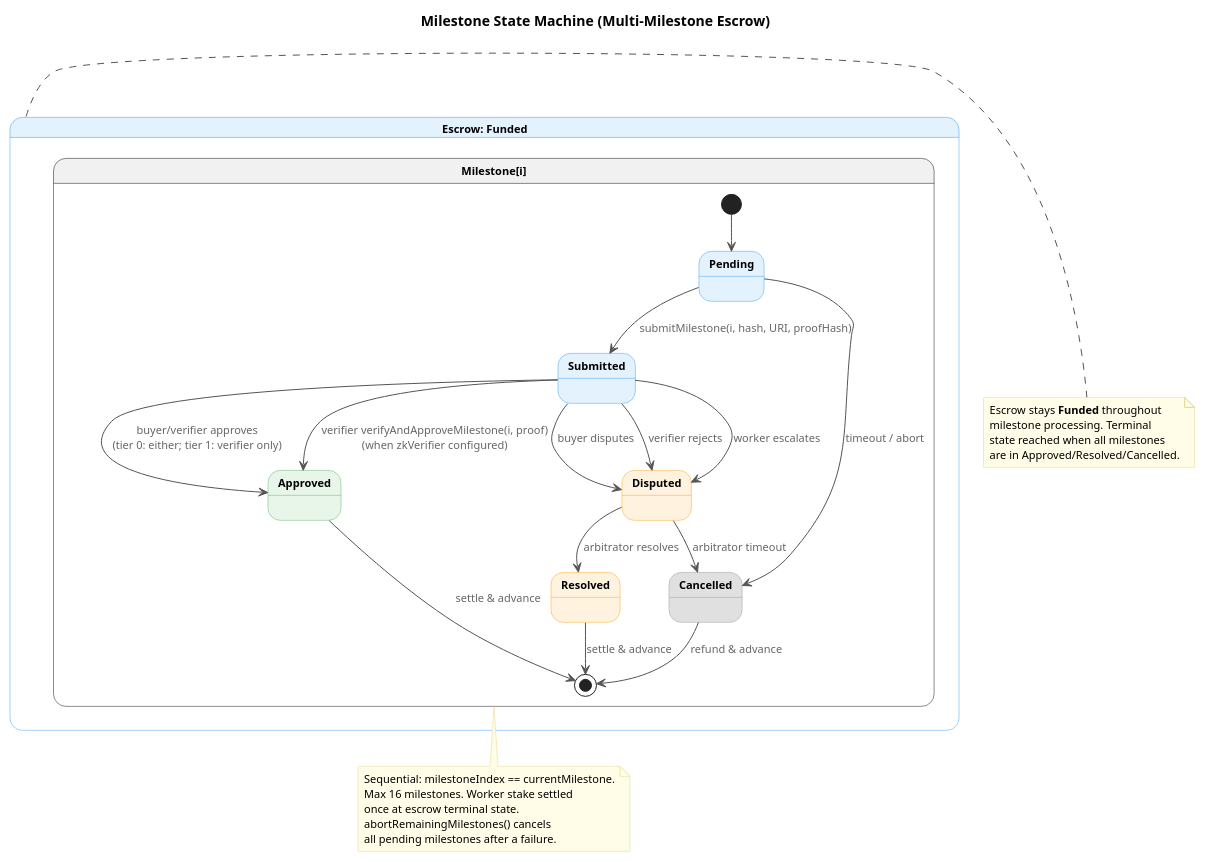
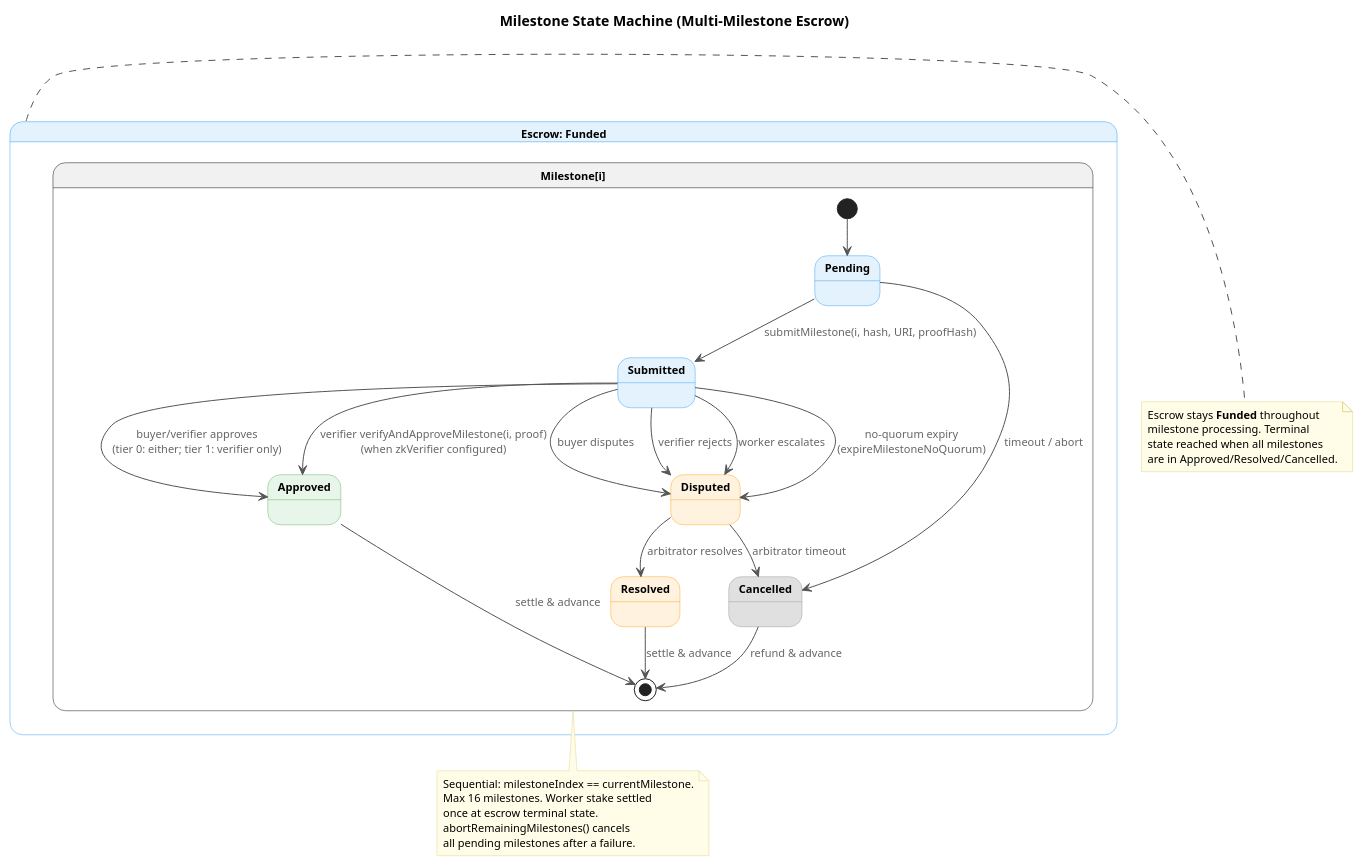
Before and after one commit to eddiefleurent/agent-escrow: the second of 2 diagrams in docs/diagrams/state-machine.puml, drawn with PlantUML. The commit also changed other lines of this file and 46 other files, not shown here.

```diff
--- a/docs/diagrams/state-machine.puml
+++ b/docs/diagrams/state-machine.puml
@@ -101,69 +103,70 @@
 @startuml milestone-state-machine
 skinparam backgroundColor #FFFFFF
 skinparam defaultFontName "Helvetica"
 skinparam defaultFontSize 13
 skinparam shadowing false
 skinparam ArrowColor #555555
 skinparam ArrowFontSize 11
 skinparam ArrowFontColor #666666
 
 skinparam state {
   FontSize 14
   FontStyle bold
   AttributeFontSize 11
 }
 
 skinparam note {
   BackgroundColor #FFFDE7
   BorderColor #E0D68A
   FontSize 11
 }
 
 title Milestone State Machine (Multi-Milestone Escrow)
 
 state "Escrow: Funded" as EscrowFunded #E3F2FD ##42A5F5 {
 
   state "Milestone[i]" as ms {
     state Pending #E3F2FD ##42A5F5
     state MsSubmitted as "Submitted" #E3F2FD ##42A5F5
     state MsApproved as "Approved" #E8F5E9 ##66BB6A
     state MsDisputed as "Disputed" #FFF3E0 ##FFA726
     state MsResolved as "Resolved" #FFF3E0 ##FFA726
     state MsCancelled as "Cancelled" #E0E0E0 ##9E9E9E
 
     [*] --> Pending
 
     Pending --> MsSubmitted : submitMilestone(i, hash, URI, proofHash)
     Pending --> MsCancelled : timeout / abort
 
     MsSubmitted --> MsApproved : buyer/verifier approves\n(tier 0: either; tier 1: verifier only)
     MsSubmitted --> MsApproved : verifier verifyAndApproveMilestone(i, proof)\n(when zkVerifier configured)
     MsSubmitted --> MsDisputed : buyer disputes
     MsSubmitted --> MsDisputed : verifier rejects
     MsSubmitted --> MsDisputed : worker escalates
+    MsSubmitted --> MsDisputed : no-quorum expiry\n(expireMilestoneNoQuorum)
 
     MsDisputed --> MsResolved : arbitrator resolves
     MsDisputed --> MsCancelled : arbitrator timeout
 
     MsApproved --> [*] : settle & advance
     MsResolved --> [*] : settle & advance
     MsCancelled --> [*] : refund & advance
   }
 }
 
 note right of EscrowFunded
   Escrow stays **Funded** throughout
   milestone processing. Terminal
   state reached when all milestones
   are in Approved/Resolved/Cancelled.
 end note
 
 note bottom of ms
   Sequential: milestoneIndex == currentMilestone.
   Max 16 milestones. Worker stake settled
   once at escrow terminal state.
   abortRemainingMilestones() cancels
   all pending milestones after a failure.
 end note
 
 @enduml
```
